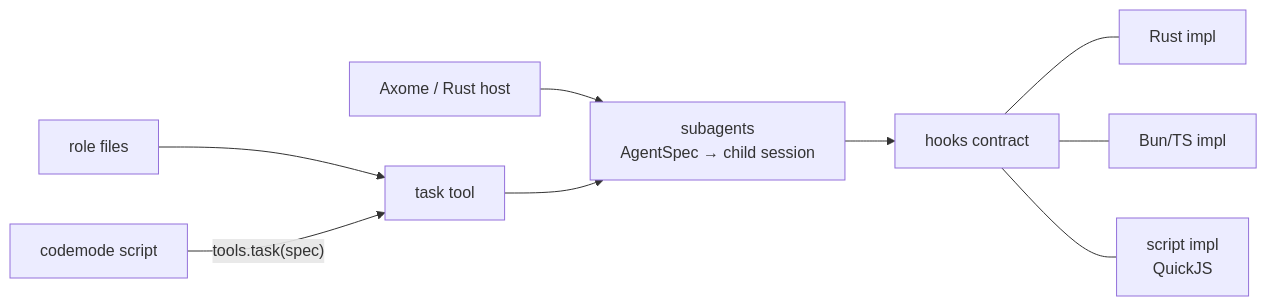
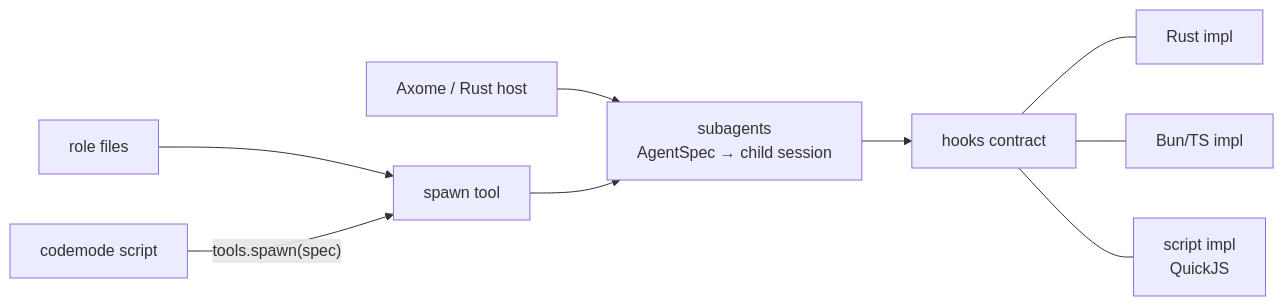
The second of 2 diagrams in plan/plan.md (Axo-Gnosis/Axo), drawn with Mermaid before and after one commit. The commit also changed other lines of this file and 25 other files, not shown here.

First line of the commit message:
feat(agents)!: spawn tool, yield, and agent://

````diff
--- a/plan/plan.md
+++ b/plan/plan.md
@@ -185,11 +185,11 @@
 ```mermaid
 flowchart LR
-  R[role files] --> T[task tool]
-  C[codemode script] -->|"tools.task(spec)"| T
+  R[role files] --> T[spawn tool]
+  C[codemode script] -->|"tools.spawn(spec)"| T
   H[Axome / Rust host] --> A
   T --> A["subagents<br/>AgentSpec → child session"]
   A --> K["hooks contract"]
   K --- K1[Rust impl]
   K --- K2[Bun/TS impl]
   K --- K3[script impl<br/>QuickJS]
 ```
````
